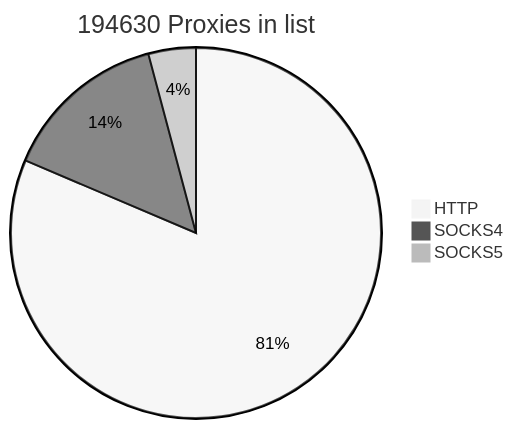
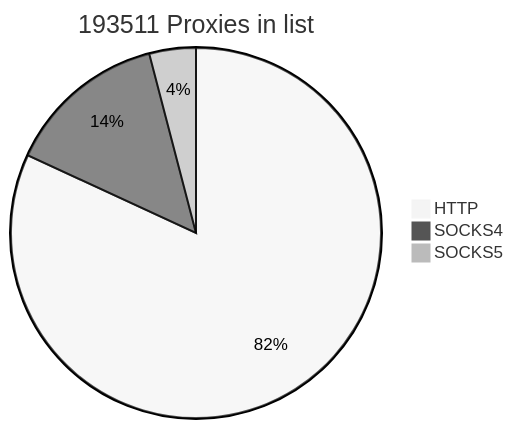
One commit to cutipu/proxylist changed the first of 2 diagrams in README.md. Above: the diagram before and after it, drawn with Mermaid (neutral theme). The commit also changed other lines of this file, not shown here.

````diff
--- a/README.md
+++ b/README.md
@@ -2,7 +2,7 @@
 ```mermaid
-pie title 194630 Proxies in list
-    "HTTP" : 158429
-    "SOCKS4" : 28145
-    "SOCKS5" : 8056
+pie title 193511 Proxies in list
+    "HTTP" : 158460
+    "SOCKS4" : 27191
+    "SOCKS5" : 7860
             
 ```
````
